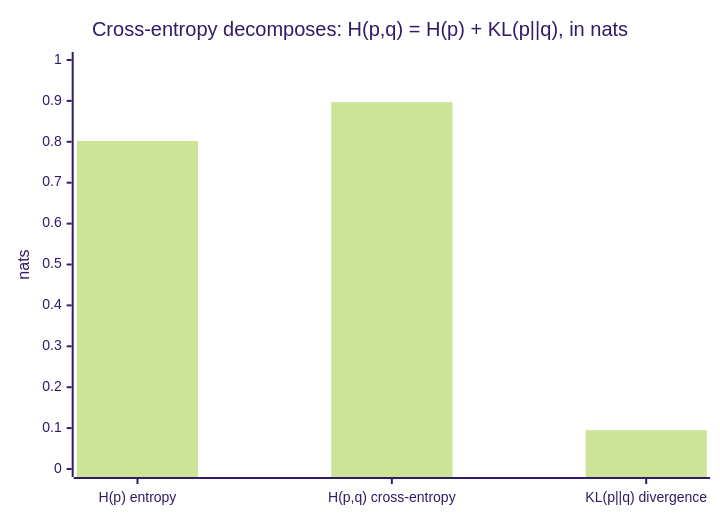
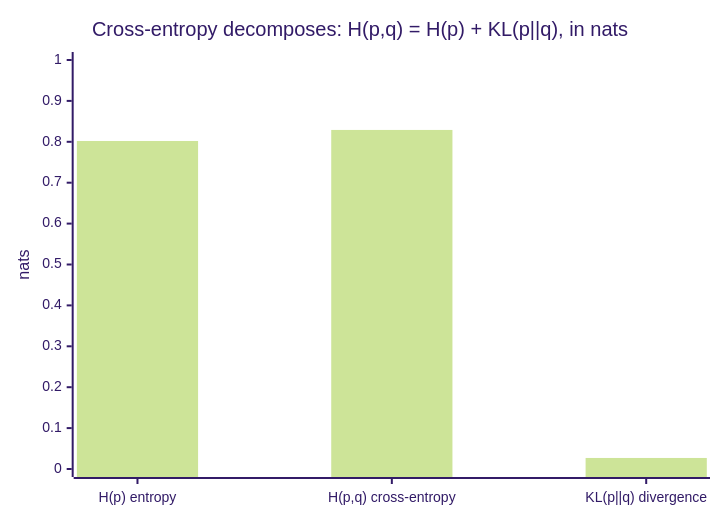
Before and after one commit to rppol/system-design: the first of 4 diagrams in src/main/java/com/rutik/systemdesign/ml/information_theory/README.md, drawn with Mermaid (forest theme). The commit also changed other lines of this file and 81 other files, not shown here.

````diff
--- a/src/main/java/com/rutik/systemdesign/ml/information_theory/README.md
+++ b/src/main/java/com/rutik/systemdesign/ml/information_theory/README.md
@@ -73,7 +263,7 @@
 ```mermaid
 xychart-beta
     title "Cross-entropy decomposes: H(p,q) = H(p) + KL(p||q), in nats"
     x-axis ["H(p) entropy", "H(p,q) cross-entropy", "KL(p||q) divergence"]
     y-axis "nats" 0 --> 1.0
-    bar [0.802, 0.897, 0.095]
+    bar [0.802, 0.829, 0.027]
 ```
````
